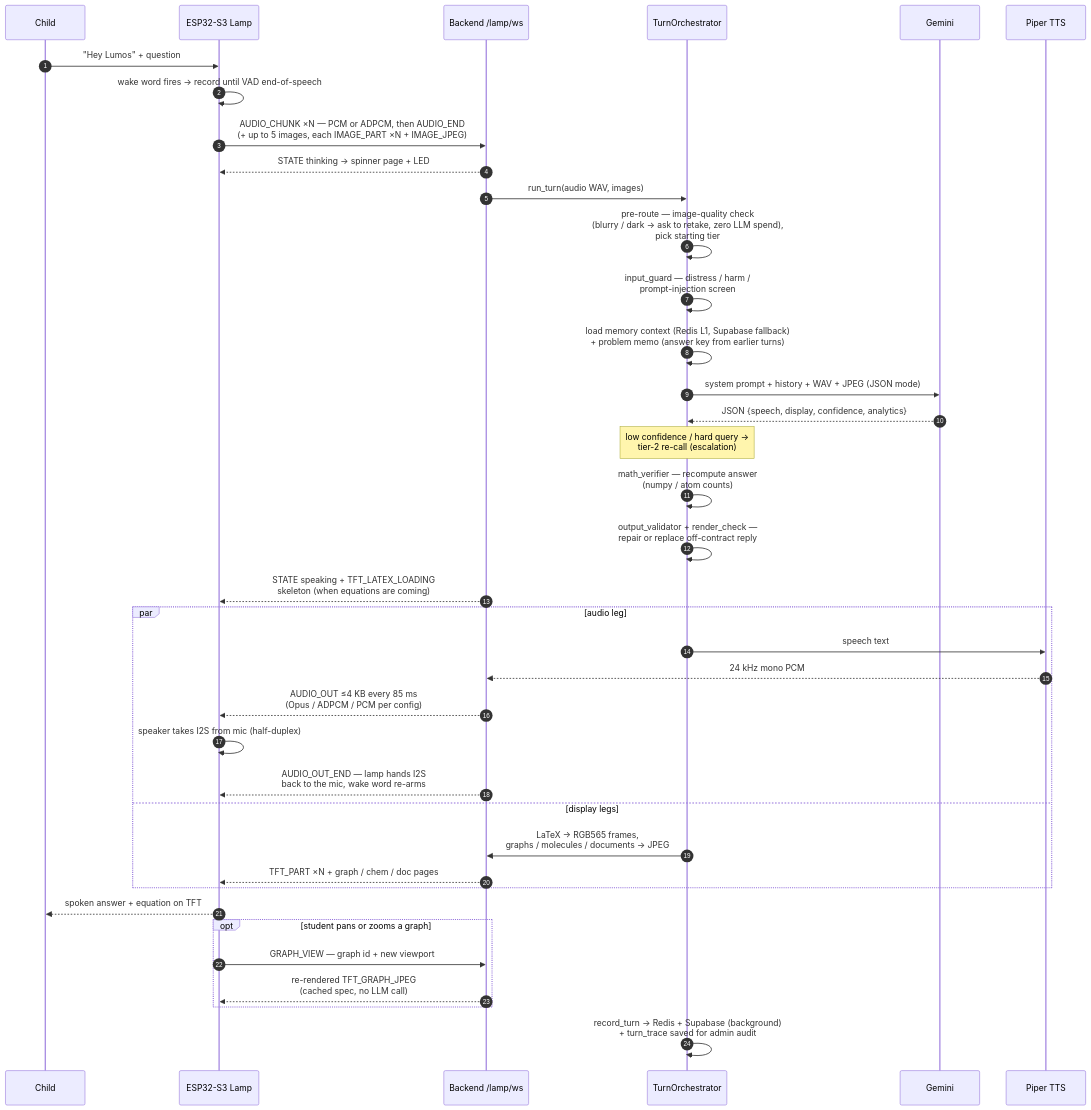
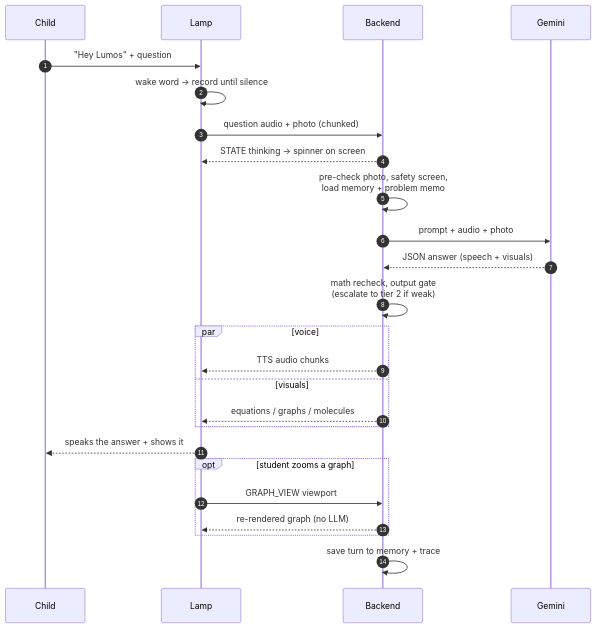
One commit to ayushmaitistartups-cmyk/update changed the fourth of 5 diagrams in architect-diagram.md. Above: the diagram before and after it, drawn with Mermaid. The commit also changed other lines of this file, not shown here.

````diff
--- a/architect-diagram.md
+++ b/architect-diagram.md
@@ -129,41 +112,28 @@
 ```mermaid
 sequenceDiagram
     autonumber
     participant C as Child
-    participant L as ESP32-S3 Lamp
-    participant W as Backend /lamp/ws
-    participant O as TurnOrchestrator
+    participant L as Lamp
+    participant B as Backend
     participant G as Gemini
-    participant P as Piper TTS
 
     C->>L: "Hey Lumos" + question
-    L->>L: wake word fires → record until VAD end-of-speech
-    L->>W: AUDIO_CHUNK ×N — PCM or ADPCM, then AUDIO_END<br/>(+ up to 5 images, each IMAGE_PART ×N + IMAGE_JPEG)
-    W-->>L: STATE thinking → spinner page + LED
-    W->>O: run_turn(audio WAV, images)
-    O->>O: pre-route — image-quality check<br/>(blurry / dark → ask to retake, zero LLM spend),<br/>pick starting tier
-    O->>O: input_guard — distress / harm /<br/>prompt-injection screen
-    O->>O: load memory context (Redis L1, Supabase fallback)<br/>+ problem memo (answer key from earlier turns)
-    O->>G: system prompt + history + WAV + JPEG (JSON mode)
-    G-->>O: JSON {speech, display, confidence, analytics}
-    Note over O: low confidence / hard query →<br/>tier-2 re-call (escalation)
-    O->>O: math_verifier — recompute answer<br/>(numpy / atom counts)
-    O->>O: output_validator + render_check —<br/>repair or replace off-contract reply
-    W-->>L: STATE speaking + TFT_LATEX_LOADING<br/>skeleton (when equations are coming)
-    par audio leg
-        O->>P: speech text
-        P-->>W: 24 kHz mono PCM
-        W-->>L: AUDIO_OUT ≤4 KB every 85 ms<br/>(Opus / ADPCM / PCM per config)
-        L->>L: speaker takes I2S from mic (half-duplex)
-        W-->>L: AUDIO_OUT_END — lamp hands I2S<br/>back to the mic, wake word re-arms
-    and display legs
-        O->>W: LaTeX → RGB565 frames,<br/>graphs / molecules / documents → JPEG
-        W-->>L: TFT_PART ×N + graph / chem / doc pages
+    L->>L: wake word → record until silence
+    L->>B: question audio + photo (chunked)
+    B-->>L: STATE thinking → spinner on screen
+    B->>B: pre-check photo, safety screen,<br/>load memory + problem memo
+    B->>G: prompt + audio + photo
+    G-->>B: JSON answer (speech + visuals)
+    B->>B: math recheck, output gate<br/>(escalate to tier 2 if weak)
+    par voice
+        B-->>L: TTS audio chunks
+    and visuals
+        B-->>L: equations / graphs / molecules
     end
-    L-->>C: spoken answer + equation on TFT
-    opt student pans or zooms a graph
-        L->>W: GRAPH_VIEW — graph id + new viewport
-        W-->>L: re-rendered TFT_GRAPH_JPEG<br/>(cached spec, no LLM call)
+    L-->>C: speaks the answer + shows it
+    opt student zooms a graph
+        L->>B: GRAPH_VIEW viewport
+        B-->>L: re-rendered graph (no LLM)
     end
-    O->>O: record_turn → Redis + Supabase (background)<br/>+ turn_trace saved for admin audit
+    B->>B: save turn to memory + trace
 ```
````
